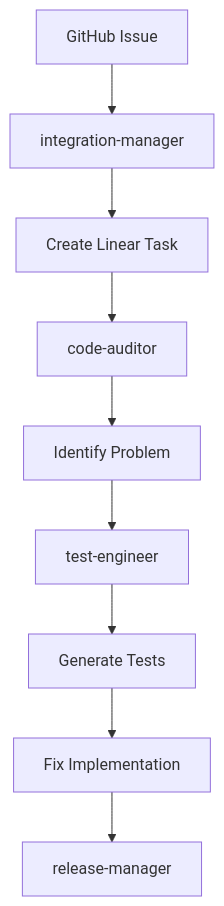
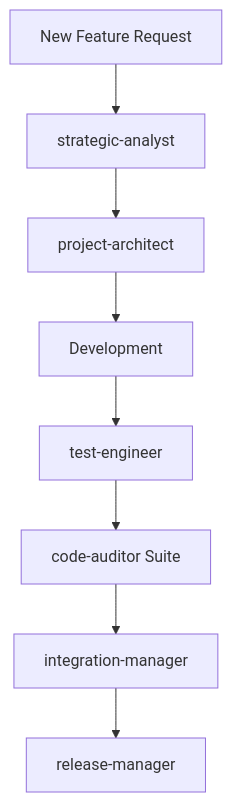
The second of 3 diagrams in .claude/agents/README.md (ramccor/Claude-Command-Suite), drawn with Mermaid before and after one commit. The commit also changed other lines of this file and 2 other files, not shown here.

````diff
--- a/.claude/agents/README.md
+++ b/.claude/agents/README.md
@@ -62,11 +232,10 @@
 ```mermaid
 graph TD
-    A[GitHub Issue] --> B[integration-manager]
-    B --> C[Create Linear Task]
-    C --> D[code-auditor]
-    D --> E[Identify Problem]
-    E --> F[test-engineer]
-    F --> G[Generate Tests]
-    G --> H[Fix Implementation]
-    H --> I[release-manager]
+    A[New Feature Request] --> B[strategic-analyst]
+    B --> C[project-architect]
+    C --> D[Development]
+    D --> E[test-engineer]
+    E --> F[code-auditor Suite]
+    F --> G[integration-manager]
+    G --> H[release-manager]
 ```
````
